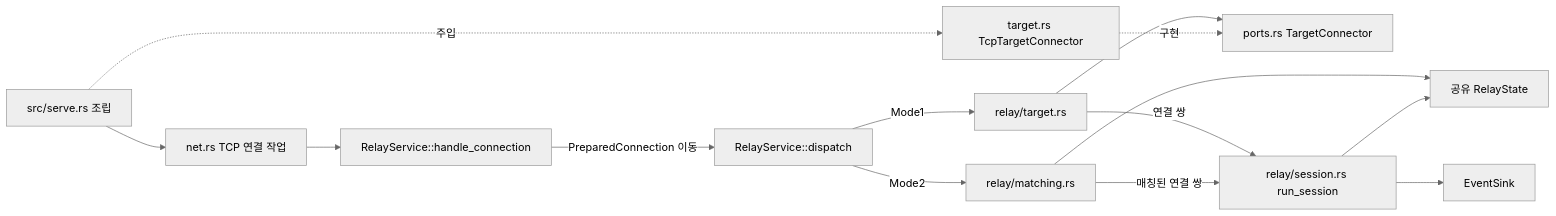
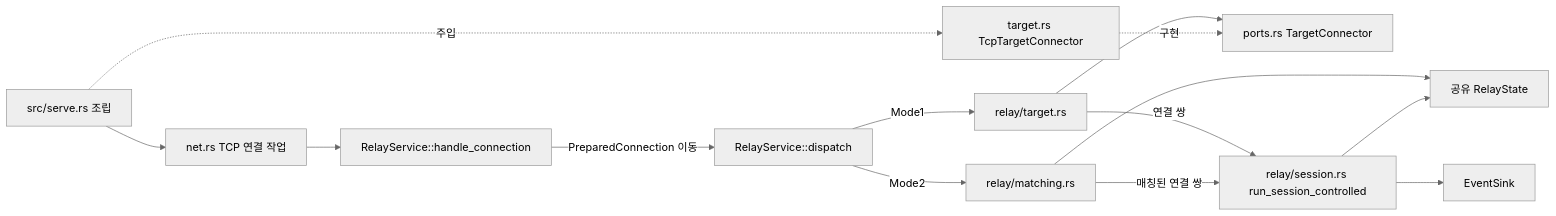
One commit to kayden-kim/vnc-relay changed the diagram in docs/architectures/relay-session.md. Above: the diagram before and after it, drawn with Mermaid (neutral theme). The commit also changed other lines of this file and 6 other files, not shown here.

Commit message:
docs(architectures): record admin terminate and WS Kw as current

````diff
--- a/docs/architectures/relay-session.md
+++ b/docs/architectures/relay-session.md
@@ -37,16 +37,16 @@
 ```mermaid
 flowchart LR
     SERVE["src/serve.rs 조립"] --> TCP["net.rs TCP 연결 작업"]
     TCP --> HS["RelayService::handle_connection"]
     HS -->|"PreparedConnection 이동"| DISPATCH["RelayService::dispatch"]
     DISPATCH -->|"Mode1"| TARGET["relay/target.rs"]
     DISPATCH -->|"Mode2"| MATCH["relay/matching.rs"]
     TARGET --> PORT["ports.rs TargetConnector"]
     SERVE -.->|"주입"| ADAPTER["target.rs TcpTargetConnector"]
     ADAPTER -.->|"구현"| PORT
-    TARGET -->|"연결 쌍"| SESSION["relay/session.rs run_session"]
+    TARGET -->|"연결 쌍"| SESSION["relay/session.rs run_session_controlled"]
     MATCH -->|"매칭된 연결 쌍"| SESSION
     MATCH --> STATE["공유 RelayState"]
     SESSION --> STATE
     SESSION --> LOG["EventSink"]
 ```
````
